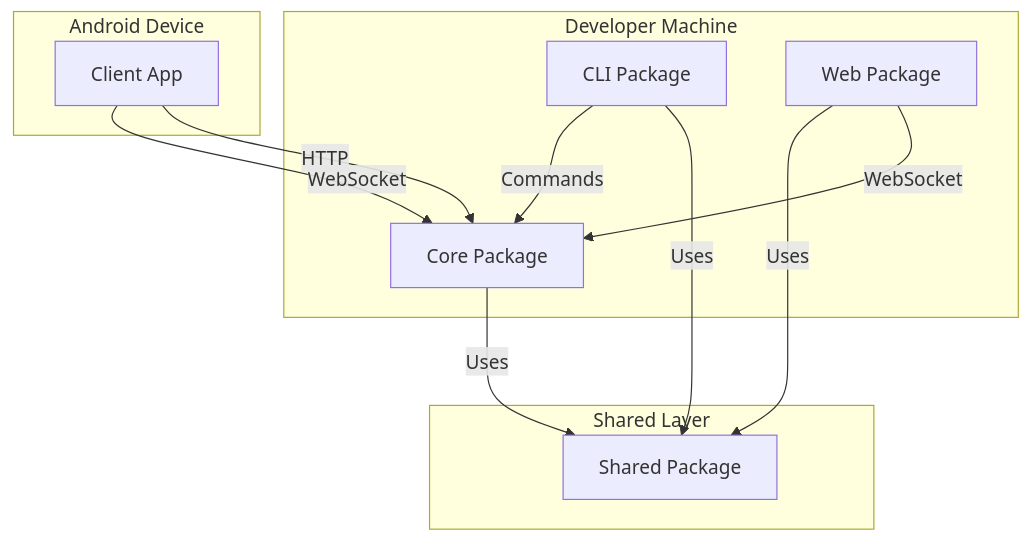
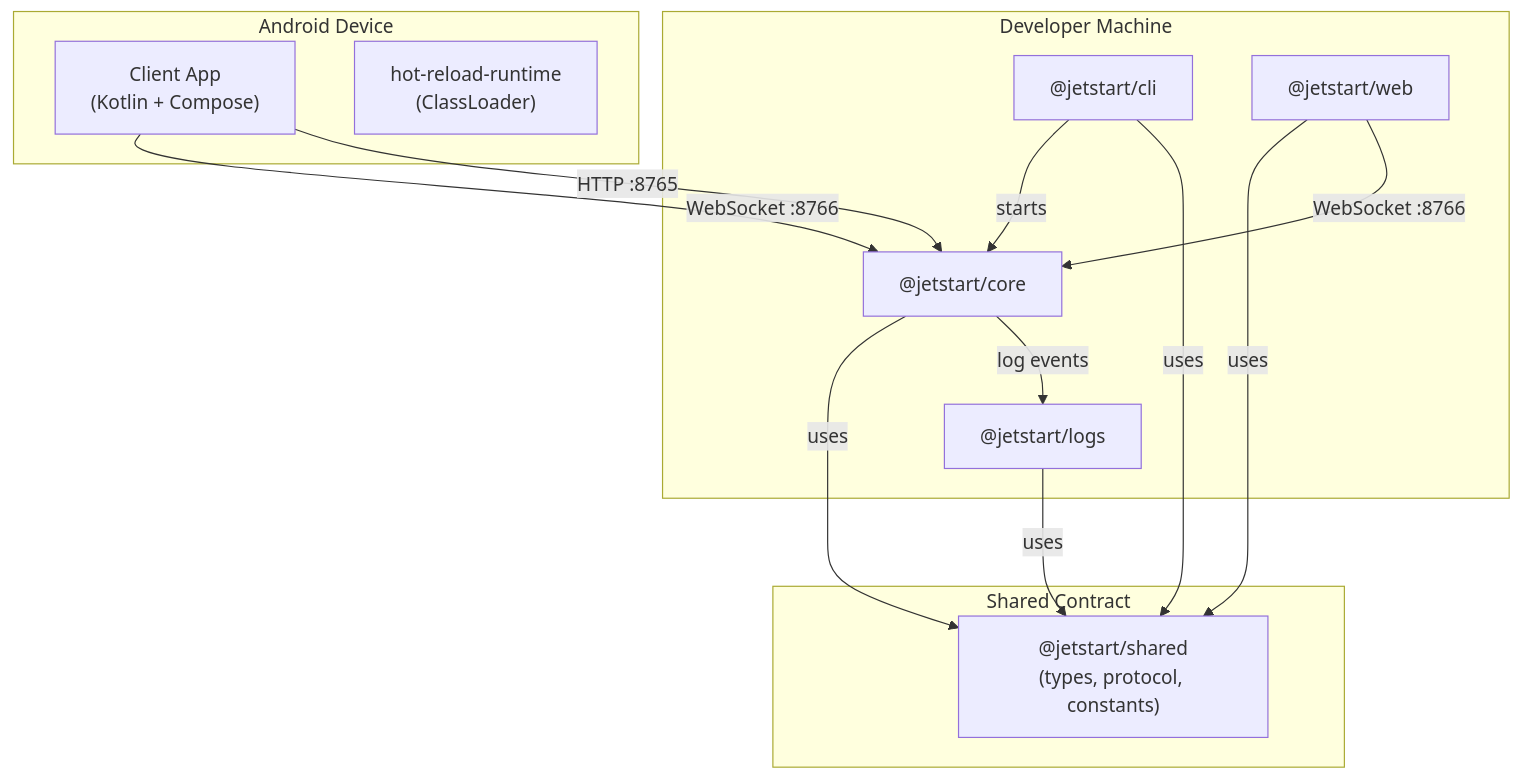
The first of 2 diagrams in docs/docs/architecture/overview.md (dev-phantom/jetstart), drawn with Mermaid before and after one commit. The commit also changed other lines of this file and 47 other files, not shown here.

````diff
--- a/docs/docs/architecture/overview.md
+++ b/docs/docs/architecture/overview.md
@@ -14,24 +12,28 @@
 ```mermaid
 graph TB
     subgraph "Developer Machine"
-        CLI[CLI Package]
-        Core[Core Package]
-        Web[Web Package]
+        CLI["@jetstart/cli"]
+        Core["@jetstart/core"]
+        Web["@jetstart/web"]
+        Logs["@jetstart/logs"]
     end
-    
-    subgraph "Shared Layer"
-        Shared[Shared Package]
+
+    subgraph "Shared Contract"
+        Shared["@jetstart/shared\n(types, protocol, constants)"]
     end
-    
+
     subgraph "Android Device"
-        Client[Client App]
+        Client["Client App\n(Kotlin + Compose)"]
+        Runtime["hot-reload-runtime\n(ClassLoader)"]
     end
-    
-    CLI -->|Commands| Core
-    Core -->|Uses| Shared
-    CLI -->|Uses| Shared
-    Web -->|Uses| Shared
-    Client -->|WebSocket| Core
-    Client -->|HTTP| Core
-    Web -->|WebSocket| Core
+
+    CLI -->|starts| Core
+    Core -->|uses| Shared
+    CLI -->|uses| Shared
+    Web -->|uses| Shared
+    Logs -->|uses| Shared
+    Client -->|WebSocket :8766| Core
+    Client -->|HTTP :8765| Core
+    Web -->|WebSocket :8766| Core
+    Core -->|log events| Logs
 ```
````
